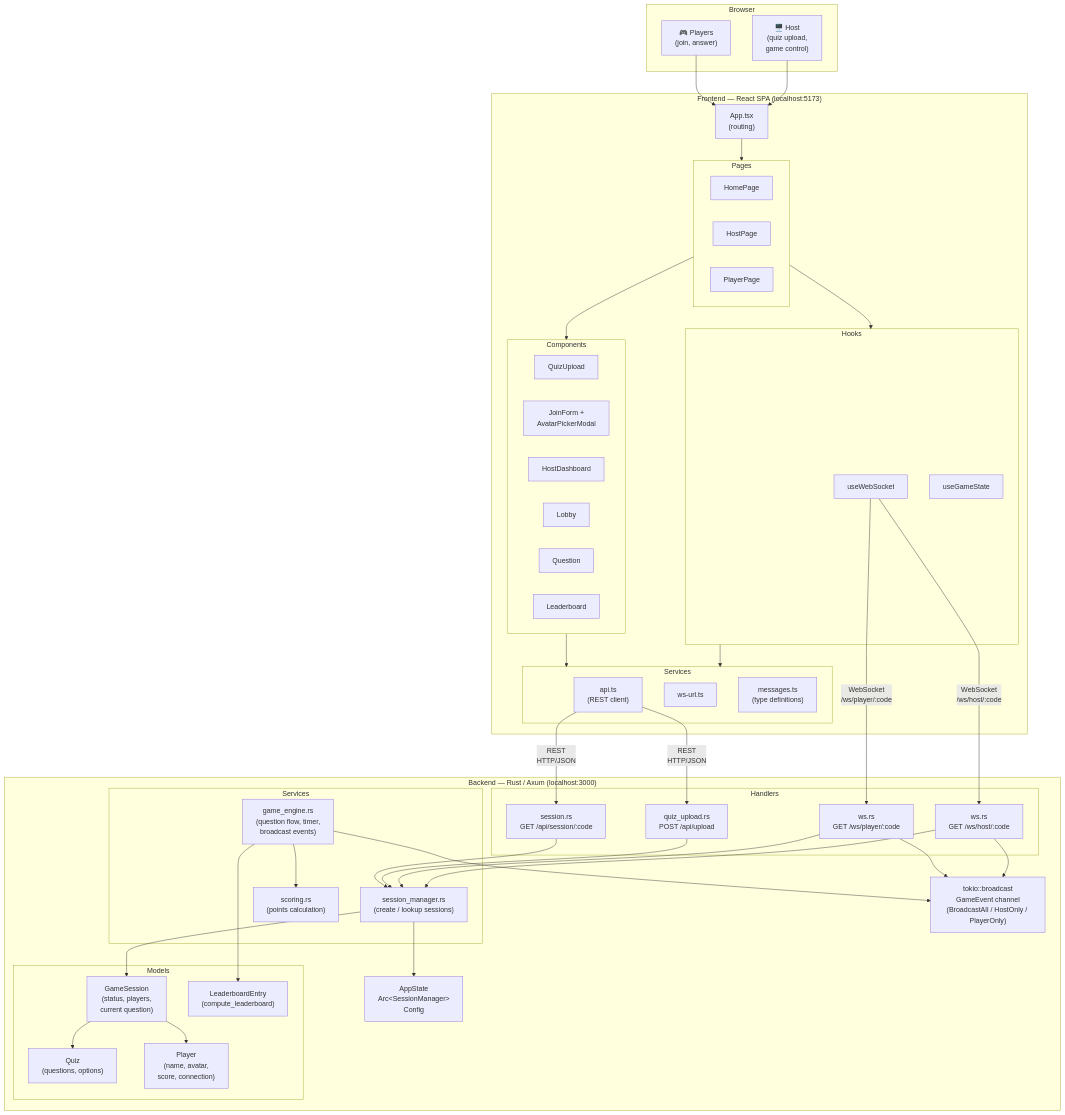
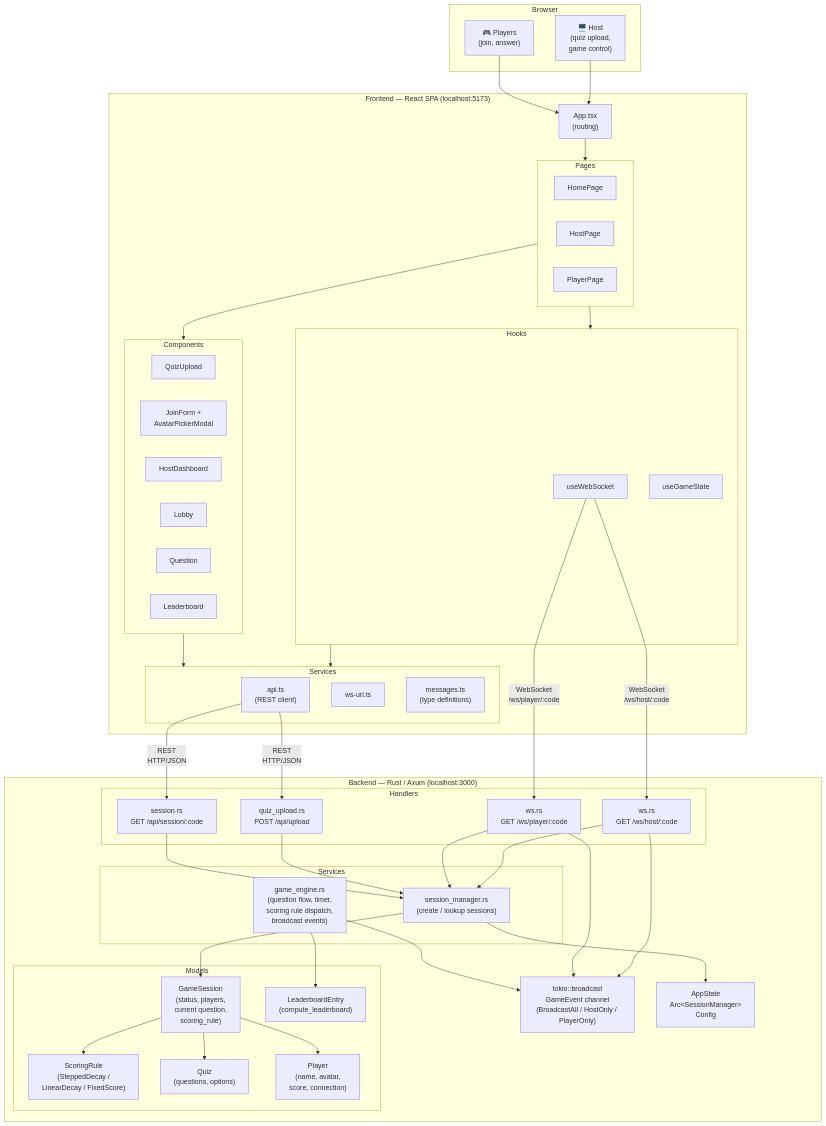
Before and after one commit to campeis/quiz-game: the diagram in docs/diagrams/architecture.mmd, drawn with Mermaid. The commit also changed 41 other files, not shown here.

```diff
--- a/docs/diagrams/architecture.mmd
+++ b/docs/diagrams/architecture.mmd
@@ -1,89 +1,89 @@
 graph TB
     subgraph Browser["Browser"]
         Host["🖥️ Host<br/>(quiz upload,<br/>game control)"]
         Player["🎮 Players<br/>(join, answer)"]
     end
 
     subgraph Frontend["Frontend — React SPA (localhost:5173)"]
         App["App.tsx<br/>(routing)"]
 
         subgraph Pages["Pages"]
             HomePage["HomePage"]
             HostPage["HostPage"]
             PlayerPage["PlayerPage"]
         end
 
         subgraph Hooks["Hooks"]
             useWS["useWebSocket"]
             useGS["useGameState"]
         end
 
         subgraph Components["Components"]
             QuizUpload["QuizUpload"]
             JoinForm["JoinForm +<br/>AvatarPickerModal"]
             HostDashboard["HostDashboard"]
             Lobby["Lobby"]
             Question["Question"]
             Leaderboard["Leaderboard"]
         end
 
         subgraph Services["Services"]
             API["api.ts<br/>(REST client)"]
             WsUrl["ws-url.ts"]
             Messages["messages.ts<br/>(type definitions)"]
         end
     end
 
     subgraph Backend["Backend — Rust / Axum (localhost:3000)"]
         subgraph Handlers["Handlers"]
             QuizUploadH["quiz_upload.rs<br/>POST /api/upload"]
             SessionH["session.rs<br/>GET /api/session/:code"]
             WsHostH["ws.rs<br/>GET /ws/host/:code"]
             WsPlayerH["ws.rs<br/>GET /ws/player/:code"]
         end
 
         subgraph Services_BE["Services"]
             SessionMgr["session_manager.rs<br/>(create / lookup sessions)"]
-            GameEngine["game_engine.rs<br/>(question flow, timer,<br/>broadcast events)"]
-            Scoring["scoring.rs<br/>(points calculation)"]
+            GameEngine["game_engine.rs<br/>(question flow, timer,<br/>scoring rule dispatch,<br/>broadcast events)"]
         end
 
         subgraph Models["Models"]
-            SessionM["GameSession<br/>(status, players,<br/>current question)"]
+            SessionM["GameSession<br/>(status, players,<br/>current question,<br/>scoring_rule)"]
+            ScoringRule["ScoringRule<br/>(SteppedDecay /<br/>LinearDecay / FixedScore)"]
             QuizM["Quiz<br/>(questions, options)"]
             PlayerM["Player<br/>(name, avatar,<br/>score, connection)"]
             Leaderboard_BE["LeaderboardEntry<br/>(compute_leaderboard)"]
         end
 
         Broadcast["tokio::broadcast<br/>GameEvent channel<br/>(BroadcastAll / HostOnly / PlayerOnly)"]
         State["AppState<br/>Arc&lt;SessionManager&gt;<br/>Config"]
     end
 
     Host --> App
     Player --> App
     App --> Pages
     Pages --> Hooks
     Pages --> Components
     Hooks --> Services
     Components --> Services
 
     API -- "REST<br/>HTTP/JSON" --> QuizUploadH
     API -- "REST<br/>HTTP/JSON" --> SessionH
     useWS -- "WebSocket<br/>/ws/host/:code" --> WsHostH
     useWS -- "WebSocket<br/>/ws/player/:code" --> WsPlayerH
 
     WsHostH --> SessionMgr
     WsHostH --> Broadcast
     WsPlayerH --> SessionMgr
     WsPlayerH --> Broadcast
     QuizUploadH --> SessionMgr
     SessionH --> SessionMgr
 
     SessionMgr --> State
     GameEngine --> Broadcast
-    GameEngine --> Scoring
     GameEngine --> Leaderboard_BE
 
     SessionMgr --> SessionM
+    SessionM --> ScoringRule
     SessionM --> QuizM
     SessionM --> PlayerM
```
